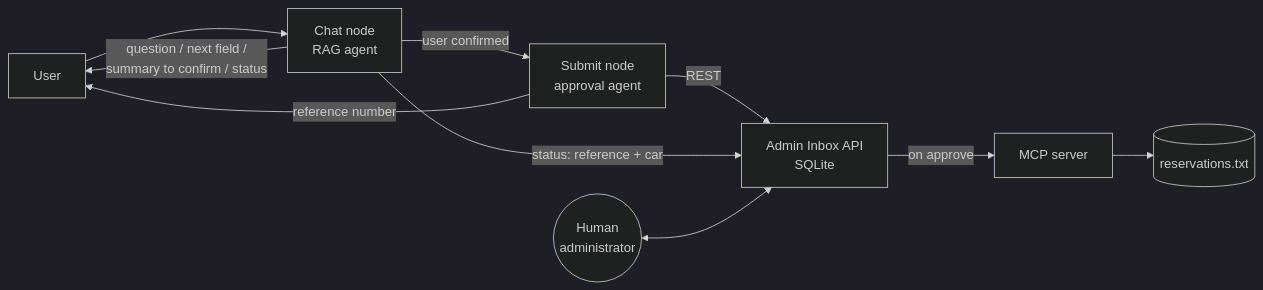
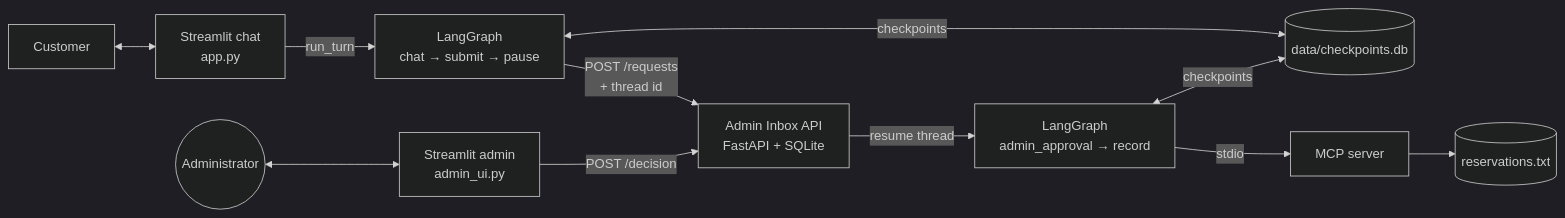
One commit to tdivyaanandan07/parking-chatbot changed the second of 3 diagrams in README.md. Above: the diagram before and after it, drawn with Mermaid (dark theme). The commit also changed other lines of this file and 15 other files, not shown here.

First line of the commit message:
Orchestrate admin approval and MCP recording in the LangGraph graph

````diff
--- a/README.md
+++ b/README.md
@@ -52,12 +69,11 @@
 ```mermaid
 flowchart LR
-    U[User] --> C[Chat node<br/>RAG agent]
-    C -->|question / next field /<br/>summary to confirm / status| U
-    C -->|user confirmed| S[Submit node<br/>approval agent]
-    S -->|reference number| U
-    S -->|REST| API[Admin Inbox API<br/>SQLite]
-    C -->|status: reference + car| API
-    ADMIN((Human<br/>administrator)) <--> API
-    API -->|on approve| M[MCP server]
-    M --> FILE[(reservations.txt)]
+    U[Customer] <--> UI[Streamlit chat<br/>app.py]
+    UI -->|run_turn| G[LangGraph<br/>chat → submit → pause]
+    G -->|POST /requests<br/>+ thread id| API[Admin Inbox API<br/>FastAPI + SQLite]
+    G <-->|checkpoints| CP[(data/checkpoints.db)]
+    ADMIN((Administrator)) <--> AUI[Streamlit admin<br/>admin_ui.py] -->|POST /decision| API
+    API -->|resume thread| G2[LangGraph<br/>admin_approval → record]
+    G2 <-->|checkpoints| CP
+    G2 -->|stdio| M[MCP server] --> FILE[(reservations.txt)]
 ```
````
